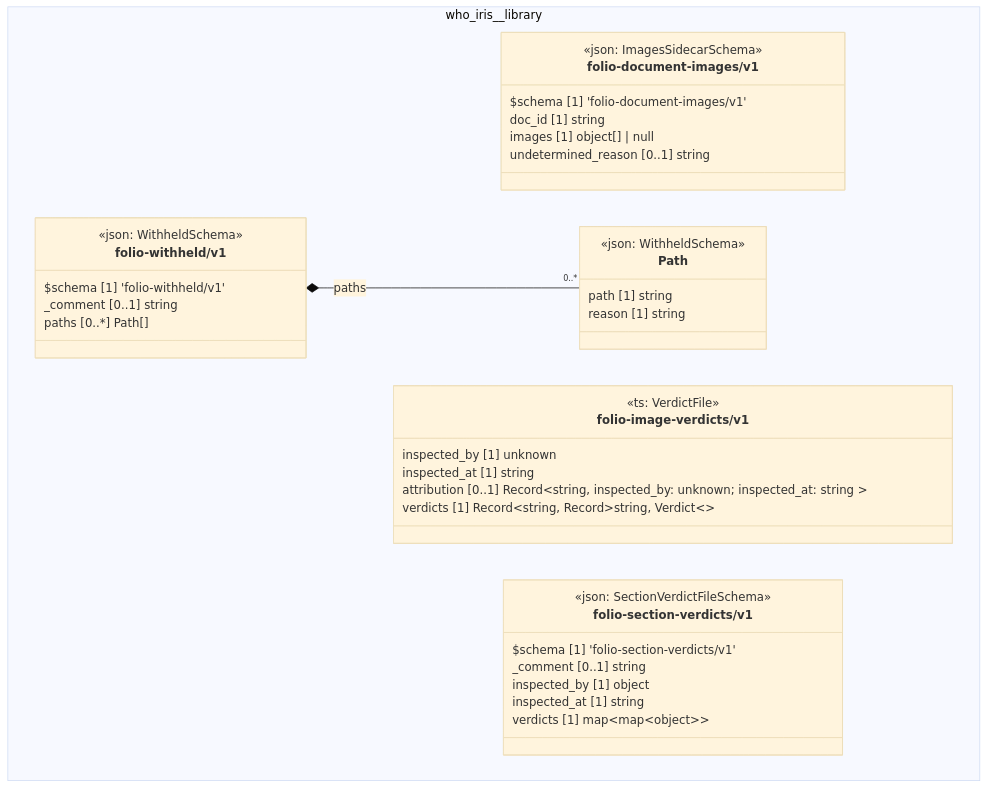
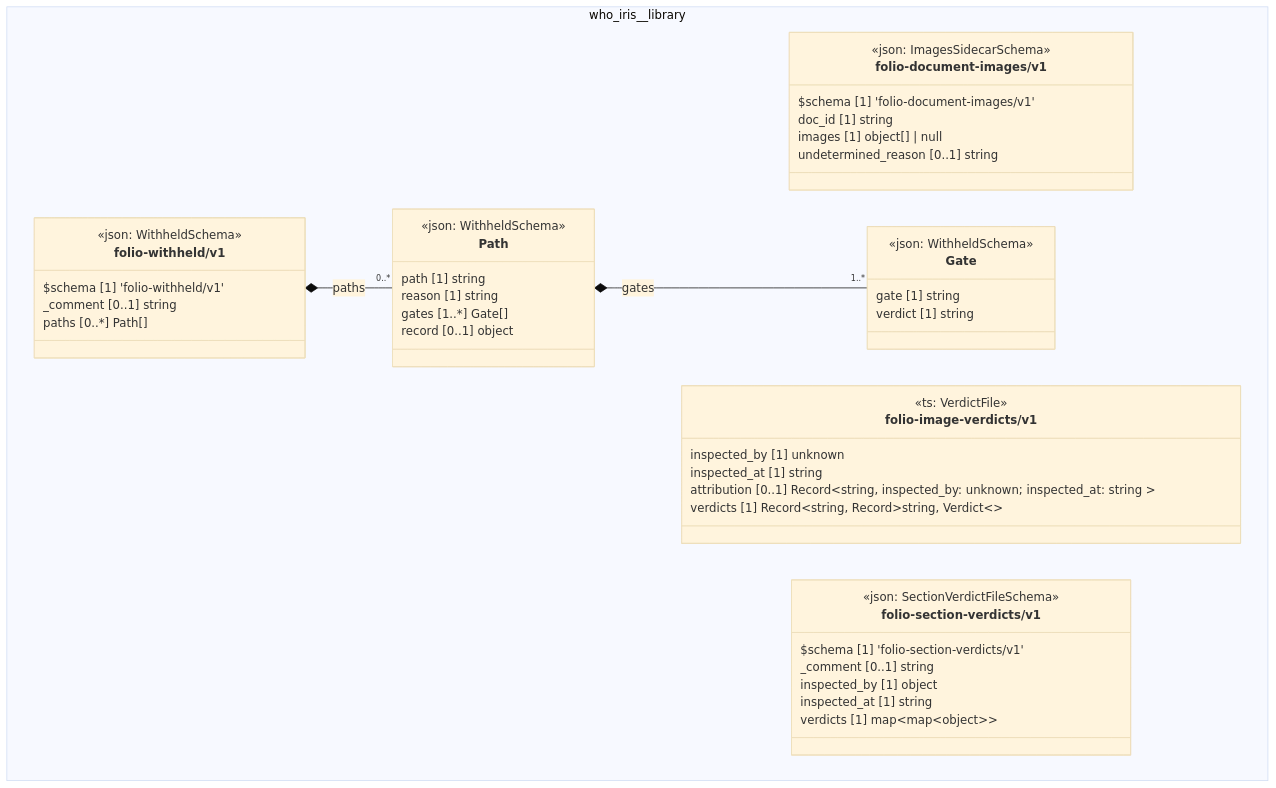
Before and after one commit to litlfred/folio-assistant: the diagram in cat-harness/uml/overview/who-iris/library.mmd, drawn with Mermaid (base theme). The commit also changed 28 other files, not shown here.

```diff
--- a/cat-harness/uml/overview/who-iris/library.mmd
+++ b/cat-harness/uml/overview/who-iris/library.mmd
@@ -1,43 +1,52 @@
 classDiagram
   direction TB
   namespace who_iris__library {
     class who_iris_library_folio_document_images_v1_folio_document_images_v1["folio-document-images/v1"] {
       <<json: ImagesSidecarSchema>>
       $schema [1] 'folio-document-images/v1'
       doc_id [1] string
       images [1] object[] | null
       undetermined_reason [0..1] string
     }
     class who_iris_library_folio_image_verdicts_v1["folio-image-verdicts/v1"] {
       <<ts: VerdictFile>>
       inspected_by [1] unknown
       inspected_at [1] string
       attribution [0..1] Record~string,  inspected_by: unknown; inspected_at: string ~
       verdicts [1] Record~string, Record~string, Verdict~~
     }
     class who_iris_library_folio_section_verdicts_v1_folio_section_verdicts_v1["folio-section-verdicts/v1"] {
       <<json: SectionVerdictFileSchema>>
       $schema [1] 'folio-section-verdicts/v1'
       _comment [0..1] string
       inspected_by [1] object
       inspected_at [1] string
       verdicts [1] map~map~object~~
     }
+    class who_iris_library_folio_withheld_v1_Gate["Gate"] {
+      <<json: WithheldSchema>>
+      gate [1] string
+      verdict [1] string
+    }
     class who_iris_library_folio_withheld_v1_Path["Path"] {
       <<json: WithheldSchema>>
       path [1] string
       reason [1] string
+      gates [1..*] Gate[]
+      record [0..1] object
     }
     class who_iris_library_folio_withheld_v1_folio_withheld_v1["folio-withheld/v1"] {
       <<json: WithheldSchema>>
       $schema [1] 'folio-withheld/v1'
       _comment [0..1] string
       paths [0..*] Path[]
     }
   }
+  who_iris_library_folio_withheld_v1_Path *-- "1..*" who_iris_library_folio_withheld_v1_Gate : gates
   who_iris_library_folio_withheld_v1_folio_withheld_v1 *-- "0..*" who_iris_library_folio_withheld_v1_Path : paths
   cssClass "who_iris_library_folio_document_images_v1_folio_document_images_v1" fa_uml_kind_library
   cssClass "who_iris_library_folio_image_verdicts_v1" fa_uml_kind_library
   cssClass "who_iris_library_folio_section_verdicts_v1_folio_section_verdicts_v1" fa_uml_kind_library
+  cssClass "who_iris_library_folio_withheld_v1_Gate" fa_uml_kind_library
   cssClass "who_iris_library_folio_withheld_v1_Path" fa_uml_kind_library
   cssClass "who_iris_library_folio_withheld_v1_folio_withheld_v1" fa_uml_kind_library
```
